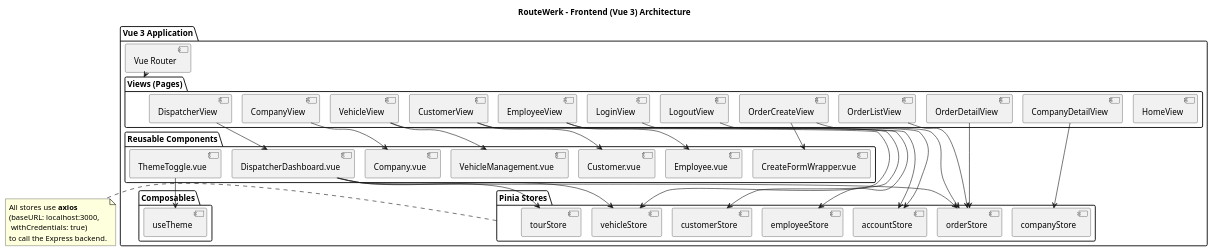
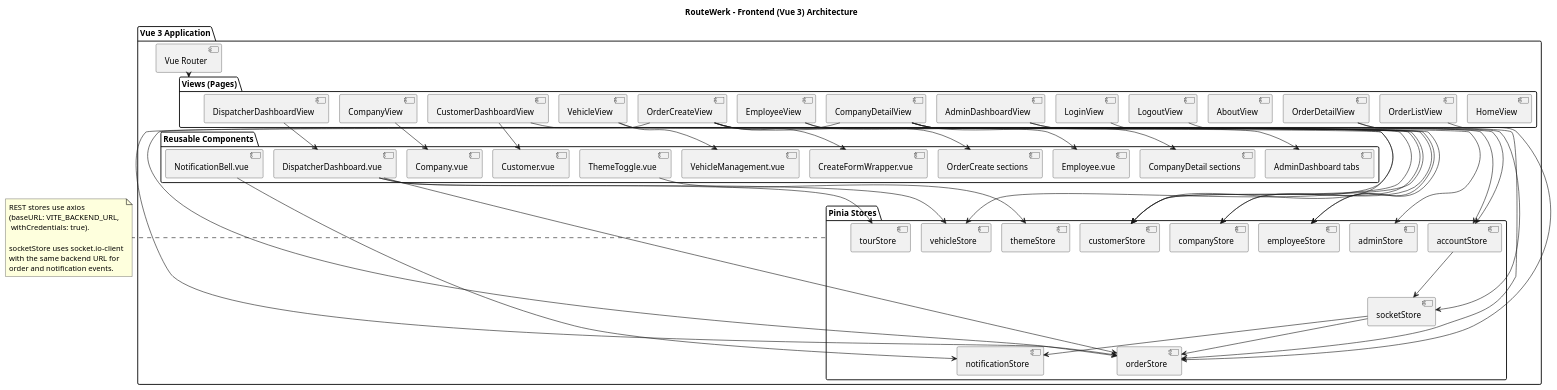
The diagram in architecture/frontend.puml (coyotiv-sose/graduation-project-AkinKaradag), drawn with PlantUML before and after one commit. The commit also changed 4 other files, not shown here.

Commit message:
Update uml files to represent the current architecture

```diff
--- a/architecture/frontend.puml
+++ b/architecture/frontend.puml
@@ -1,88 +1,111 @@
 @startuml Frontend Architecture
 !pragma layout smetana
 skinparam componentStyle uml2
 skinparam linetype ortho
 
 title RouteWerk – Frontend (Vue 3) Architecture
 
 package "Vue 3 Application" as app {
 
   package "Views (Pages)" as views {
     [HomeView] as v_home
     [LoginView] as v_login
     [LogoutView] as v_logout
+    [AboutView] as v_about
+    [AdminDashboardView] as v_admin
     [CompanyView] as v_company
     [CompanyDetailView] as v_companyDetail
-    [CustomerView] as v_customer
+    [CustomerDashboardView] as v_customerDashboard
     [EmployeeView] as v_employee
     [VehicleView] as v_vehicle
-    [DispatcherView] as v_dispatcher
+    [DispatcherDashboardView] as v_dispatcher
     [OrderCreateView] as v_orderCreate
     [OrderListView] as v_orderList
     [OrderDetailView] as v_orderDetail
   }
 
   package "Reusable Components" as components {
     [Company.vue] as c_company
     [Customer.vue] as c_customer
     [Employee.vue] as c_employee
     [VehicleManagement.vue] as c_vehicle
     [DispatcherDashboard.vue] as c_dashboard
     [CreateFormWrapper.vue] as c_formWrapper
     [ThemeToggle.vue] as c_theme
+    [NotificationBell.vue] as c_notifications
+    [AdminDashboard tabs] as c_adminTabs
+    [CompanyDetail sections] as c_companySections
+    [OrderCreate sections] as c_orderCreateSections
   }
 
   package "Pinia Stores" as stores {
     [accountStore] as s_account
+    [adminStore] as s_admin
     [companyStore] as s_company
     [customerStore] as s_customer
     [employeeStore] as s_employee
     [orderStore] as s_order
     [vehicleStore] as s_vehicle
     [tourStore] as s_tour
-  }
-
-  package "Composables" as composables {
-    [useTheme] as comp_theme
+    [socketStore] as s_socket
+    [notificationStore] as s_notification
+    [themeStore] as s_theme
   }
 
   [Vue Router] as router
 }
 
 ' ── Views use Components ──
 v_company --> c_company
-v_customer --> c_customer
+v_admin --> c_adminTabs
+v_companyDetail --> c_companySections
+v_customerDashboard --> c_customer
 v_employee --> c_employee
 v_vehicle --> c_vehicle
 v_dispatcher --> c_dashboard
 v_orderCreate --> c_formWrapper
+v_orderCreate --> c_orderCreateSections
+c_notifications --> s_notification
 
 ' ── Views / Components use Stores ──
 v_login --> s_account
 v_logout --> s_account
+v_admin --> s_admin
 v_companyDetail --> s_company
-v_customer --> s_customer
+v_companyDetail --> s_customer
+v_companyDetail --> s_employee
+v_companyDetail --> s_order
+v_customerDashboard --> s_customer
 v_employee --> s_employee
 v_orderCreate --> s_order
+v_orderCreate --> s_customer
+v_orderCreate --> s_company
 v_orderList --> s_order
 v_orderDetail --> s_order
+v_orderDetail --> s_socket
 v_vehicle --> s_vehicle
 c_dashboard --> s_order
 c_dashboard --> s_vehicle
 c_dashboard --> s_tour
+s_account --> s_socket
+s_socket --> s_order
+s_socket --> s_notification
 
 ' ── Theme ──
-c_theme --> comp_theme
+c_theme --> s_theme
 
 ' ── Router ──
 router --> views
 
-' ── Stores call Backend REST API ──
+' ── Stores call Backend REST API / Socket.IO ──
 note right of stores
-  All stores use **axios**
-  (baseURL: localhost:3000,
-   withCredentials: true)
-  to call the Express backend.
+  REST stores use axios
+  (baseURL: VITE_BACKEND_URL,
+   withCredentials: true).
+
+  socketStore uses socket.io-client
+  with the same backend URL for
+  order and notification events.
 end note
 
 @enduml
```
